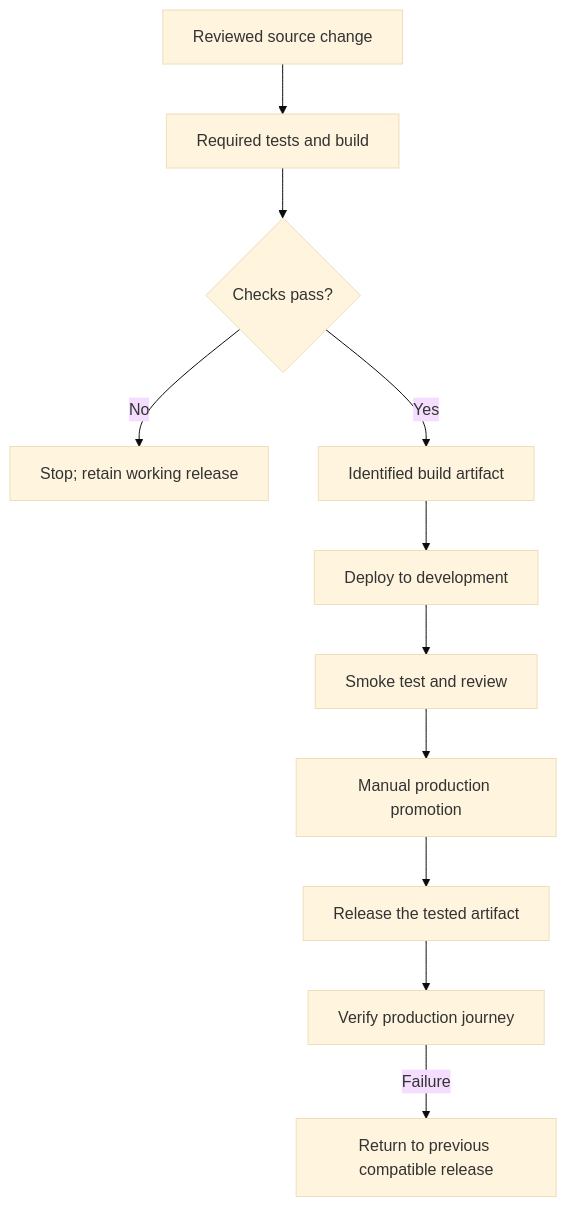
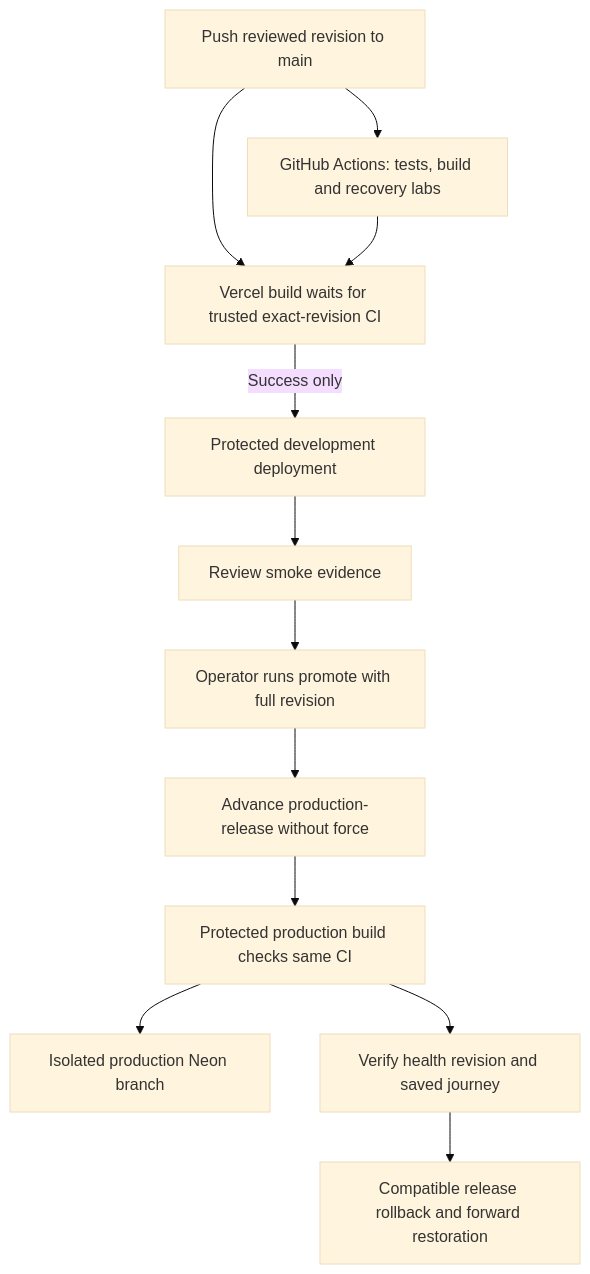
The third of 4 diagrams in docs/diagrams.md (mohanoor-ai/dealer-desk), drawn with Mermaid (base theme) before and after one commit. The commit also changed other lines of this file and 17 other files, not shown here.

Commit message:
Record protected production recovery and final assessment evidence

````diff
--- a/docs/diagrams.md
+++ b/docs/diagrams.md
@@ -64,13 +52,14 @@
 ```mermaid
 flowchart TB
-    Change[Reviewed source change] --> Checks[Required tests and build]
-    Checks --> Pass{Checks pass?}
-    Pass -->|No| Stop[Stop; retain working release]
-    Pass -->|Yes| Artifact[Identified build artifact]
-    Artifact --> Dev[Deploy to development]
-    Dev --> Smoke[Smoke test and review]
-    Smoke --> Approval[Manual production promotion]
-    Approval --> Prod[Release the tested artifact]
-    Prod --> Verify[Verify production journey]
-    Verify -->|Failure| Rollback[Return to previous compatible release]
+    Commit[Push reviewed revision to main] --> CI[GitHub Actions: tests, build and recovery labs]
+    Commit --> Gate[Vercel build waits for trusted exact-revision CI]
+    CI --> Gate
+    Gate -->|Success only| Dev[Protected development deployment]
+    Dev --> Smoke[Review smoke evidence]
+    Smoke --> Manual[Operator runs promote with full revision]
+    Manual --> Branch[Advance production-release without force]
+    Branch --> Prod[Protected production build checks same CI]
+    Prod --> DB[Isolated production Neon branch]
+    Prod --> Health[Verify health revision and saved journey]
+    Health --> Rehearsal[Compatible release rollback and forward restoration]
 ```
````
